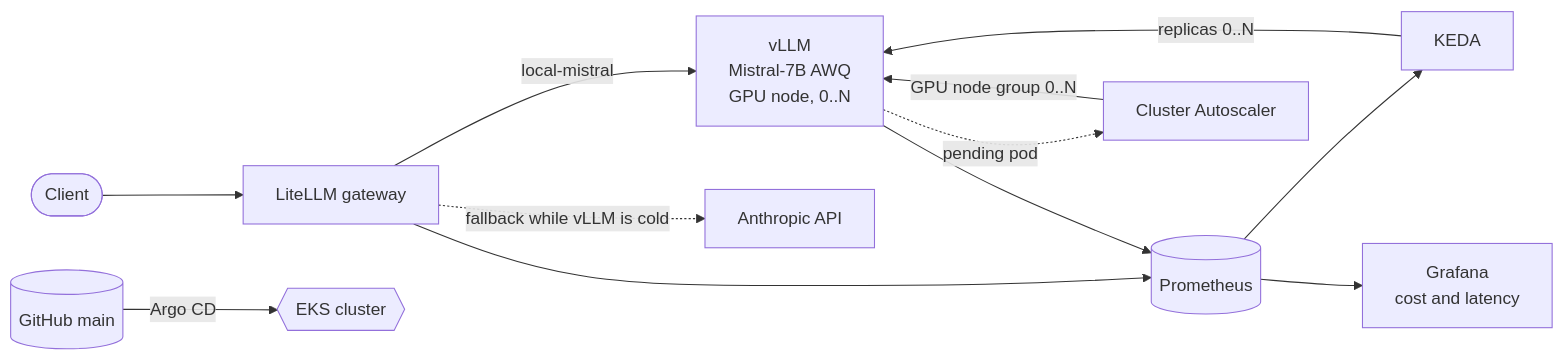
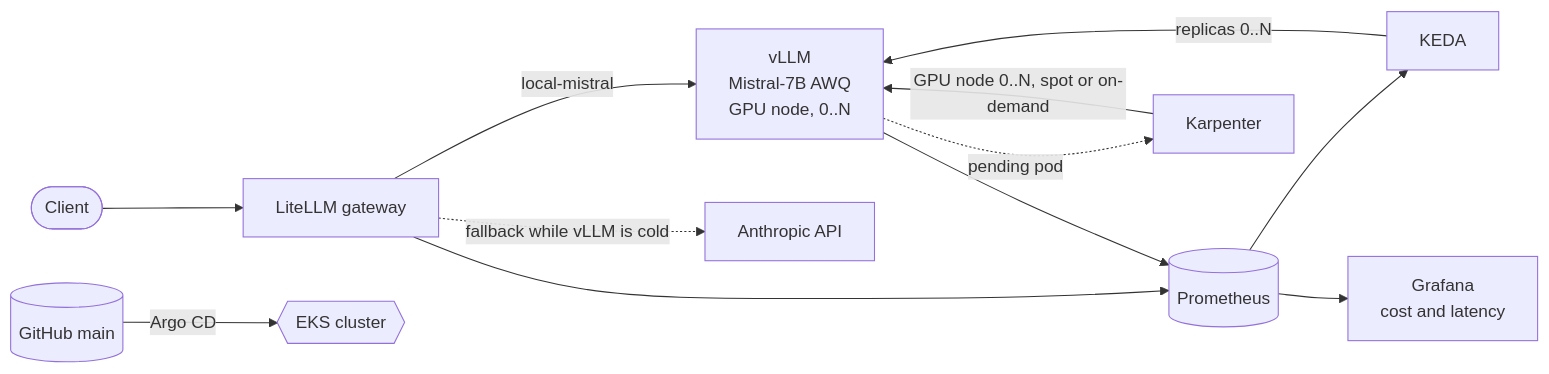
One commit to yack300/llm-platform-on-eks changed the diagram in README.md. Above: the diagram before and after it, drawn with Mermaid. The commit also changed other lines of this file and 2 other files, not shown here.

Commit message:
docs: Karpenter in place of the GPU node group and Cluster Autoscaler

````diff
--- a/README.md
+++ b/README.md
@@ -48,14 +48,14 @@
 ```mermaid
 flowchart LR
     client([Client]) --> litellm[LiteLLM gateway]
     litellm -->|local-mistral| vllm[vLLM<br/>Mistral-7B AWQ<br/>GPU node, 0..N]
     litellm -.->|fallback while vLLM is cold| claude[Anthropic API]
     litellm --> prom[(Prometheus)]
     vllm --> prom
     prom --> keda[KEDA]
     keda -->|replicas 0..N| vllm
-    vllm -.->|pending pod| ca[Cluster Autoscaler]
-    ca -->|GPU node group 0..N| vllm
+    vllm -.->|pending pod| karpenter[Karpenter]
+    karpenter -->|GPU node 0..N, spot or on-demand| vllm
     prom --> grafana[Grafana<br/>cost and latency]
     git[(GitHub main)] -->|Argo CD| cluster{{EKS cluster}}
 ```
````
